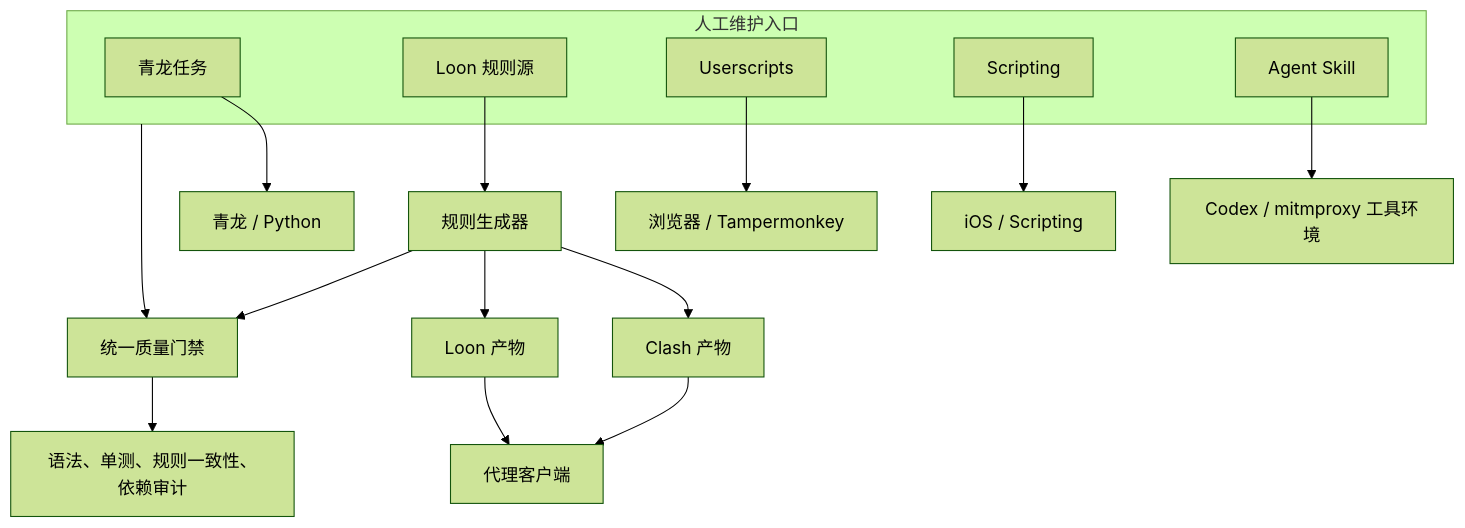
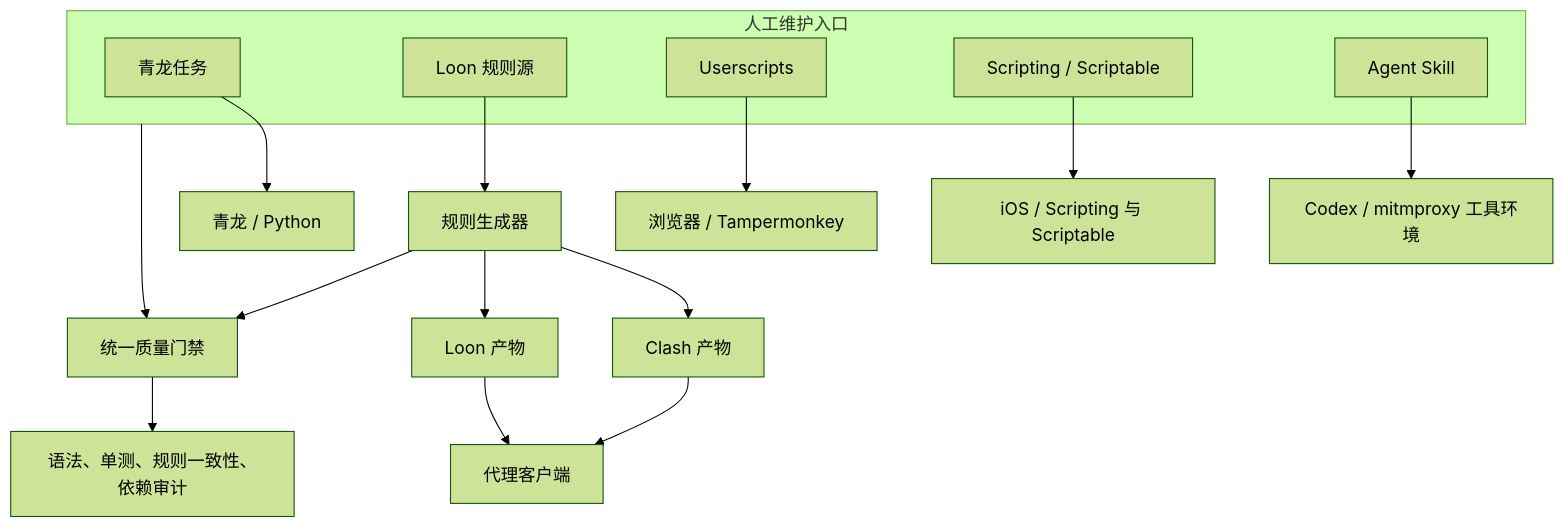
One commit to xp9477/xp-toolkit changed the first of 2 diagrams in docs/architecture.md. Above: the diagram before and after it, drawn with Mermaid (forest theme). The commit also changed other lines of this file and 10 other files, not shown here.

````diff
--- a/docs/architecture.md
+++ b/docs/architecture.md
@@ -10,25 +10,25 @@
 ```mermaid
 flowchart TB
   subgraph Inputs[人工维护入口]
     QL[青龙任务]
     UL[Loon 规则源]
     US[Userscripts]
-    SC[Scripting]
+    SC[Scripting / Scriptable]
     SK[Agent Skill]
   end
 
   UL --> GEN[规则生成器]
   GEN --> CL[Clash 产物]
   GEN --> LO[Loon 产物]
 
   QL --> QLR[青龙 / Python]
   US --> BR[浏览器 / Tampermonkey]
-  SC --> IOS[iOS / Scripting]
+  SC --> IOS[iOS / Scripting 与 Scriptable]
   SK --> AG[Codex / mitmproxy 工具环境]
   CL --> PC[代理客户端]
   LO --> PC
 
   Inputs --> CI[统一质量门禁]
   GEN --> CI
   CI --> TESTS[语法、单测、规则一致性、依赖审计]
 ```
````
